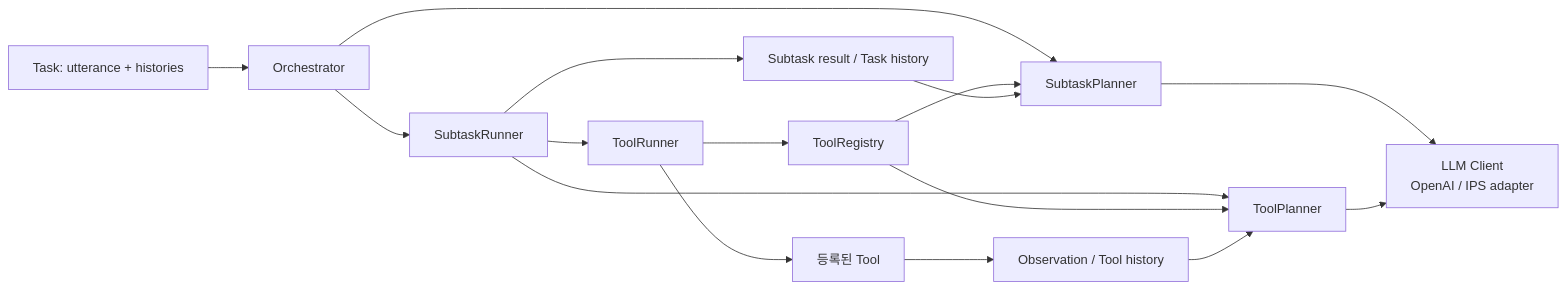
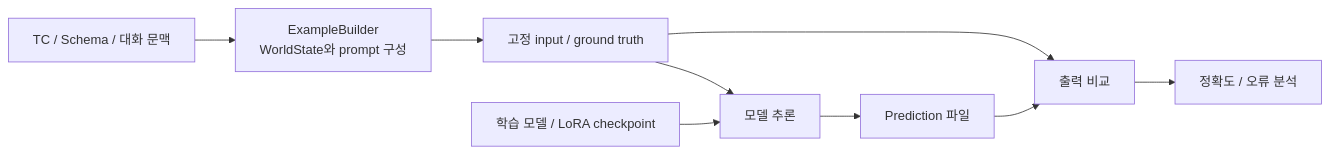
The first of 12 diagrams in docs/aic-evolution-and-evaluator.md (jwlee3746/jwlee3746.github.io), drawn with Mermaid before and after one commit. The commit also changed other lines of this file and 1 other file, not shown here.

````diff
--- a/docs/aic-evolution-and-evaluator.md
+++ b/docs/aic-evolution-and-evaluator.md
@@ -33,18 +49,11 @@
 ```mermaid
 flowchart LR
-    Task["Task: utterance + histories"] --> O["Orchestrator"]
-    O --> SP["SubtaskPlanner"]
-    O --> SR["SubtaskRunner"]
-    SR --> TP["ToolPlanner"]
-    SR --> TR["ToolRunner"]
-    SP --> L["LLM Client<br/>OpenAI / IPS adapter"]
-    TP --> L
-    Registry["ToolRegistry"] --> SP
-    Registry --> TP
-    TR --> Registry
-    TR --> Tool["등록된 Tool"]
-    Tool --> Obs["Observation / Tool history"]
-    Obs --> TP
-    SR --> Hist["Subtask result / Task history"]
-    Hist --> SP
+    TC["TC / Schema / 대화 문맥"] --> B["ExampleBuilder<br/>WorldState와 prompt 구성"]
+    B --> Input["고정 input / ground truth"]
+    Input --> Infer["모델 추론"]
+    Model["학습 모델 / LoRA checkpoint"] --> Infer
+    Infer --> Prediction["Prediction 파일"]
+    Input --> G["출력 비교"]
+    Prediction --> G
+    G --> R["정확도 / 오류 분석"]
 ```
````
